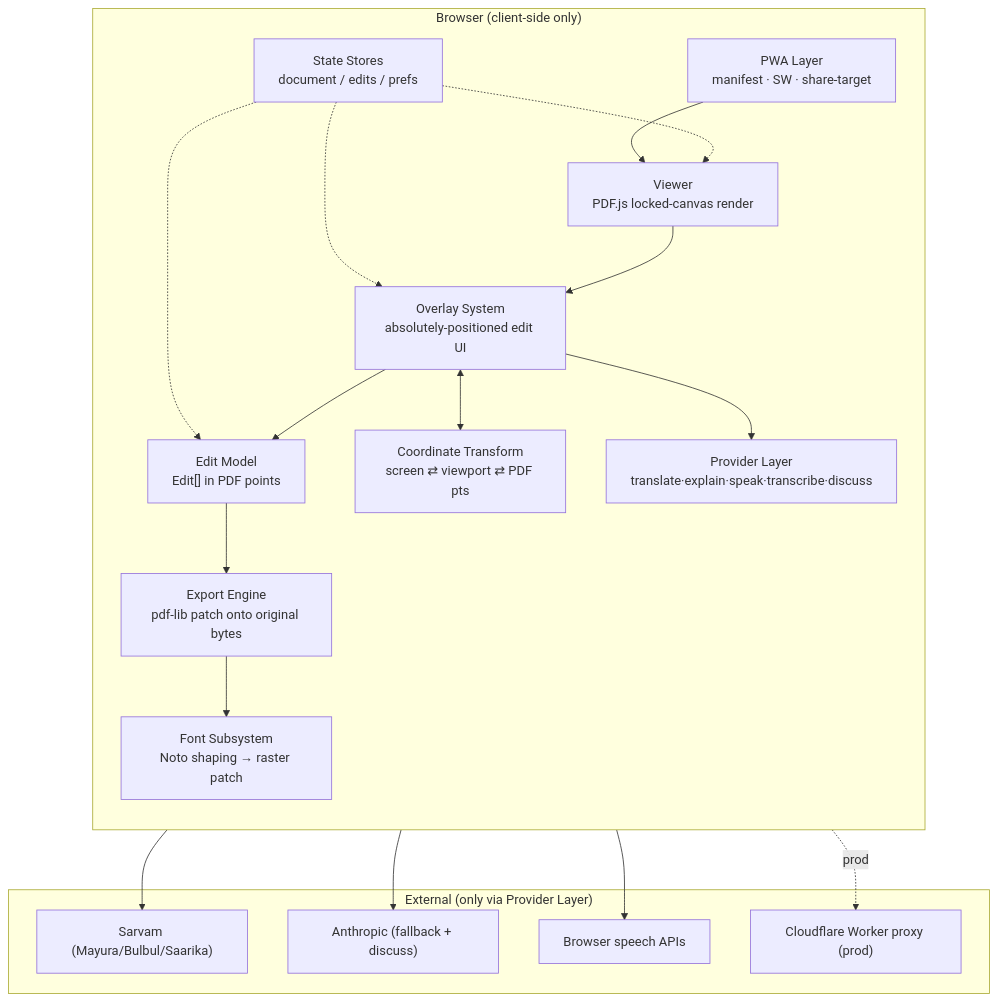
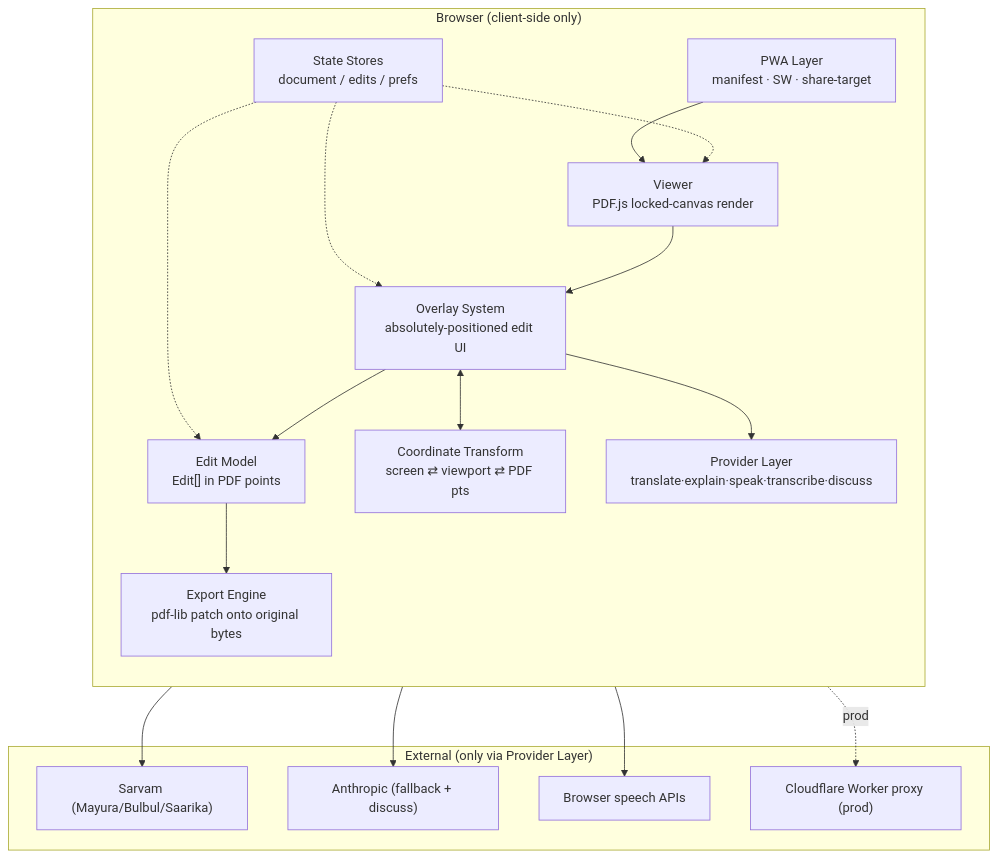
One commit to pedfstudio-lab/Pedf changed the first of 4 diagrams in ARCHITECTURE.md. Above: the diagram before and after it, drawn with Mermaid. The commit also changed other lines of this file and 24 other files, not shown here.

````diff
--- a/ARCHITECTURE.md
+++ b/ARCHITECTURE.md
@@ -54,31 +54,29 @@
 ```mermaid
 flowchart TB
   subgraph Client["Browser (client-side only)"]
     direction TB
     VIEW["Viewer<br/>PDF.js locked-canvas render"]
     OVL["Overlay System<br/>absolutely-positioned edit UI"]
     EDM["Edit Model<br/>Edit[] in PDF points"]
     COORD["Coordinate Transform<br/>screen ⇄ viewport ⇄ PDF pts"]
     EXP["Export Engine<br/>pdf-lib patch onto original bytes"]
-    FONTS["Font Subsystem<br/>Noto shaping → raster patch"]
     STORE["State Stores<br/>document / edits / prefs"]
     PROV["Provider Layer<br/>translate·explain·speak·transcribe·discuss"]
     PWA["PWA Layer<br/>manifest · SW · share-target"]
   end
   subgraph Ext["External (only via Provider Layer)"]
     SARVAM["Sarvam (Mayura/Bulbul/Saarika)"]
     ANTH["Anthropic (fallback + discuss)"]
     BROWSERAPI["Browser speech APIs"]
     PROXY["Cloudflare Worker proxy (prod)"]
   end
 
   VIEW --> OVL --> EDM
   OVL <--> COORD
   EDM --> EXP
-  EXP --> FONTS
   STORE -.-> VIEW & OVL & EDM
   PROV --> SARVAM & ANTH & BROWSERAPI
   PROV -. prod .-> PROXY
   OVL --> PROV
   PWA --> VIEW
 ```
````
